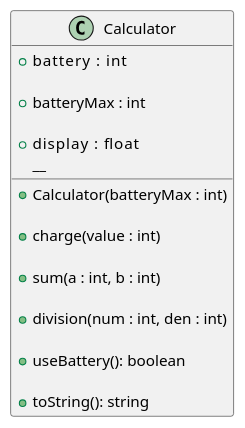
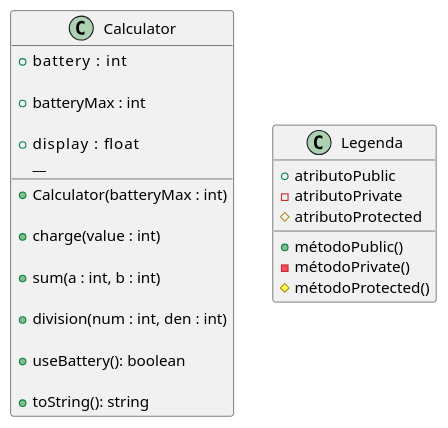
One commit to qxcodepoo/arcade changed the diagram in base/001/.cache/Readme.md. Above: the diagram before and after it, drawn with PlantUML. The commit also changed 32 other files, not shown here.

````diff
--- a/base/001/.cache/Readme.md
+++ b/base/001/.cache/Readme.md
@@ -35,41 +35,52 @@
 ```plantuml
 class Calculator {
 
   ' a bateria atual
   + battery    : int
 
   ' o máximo de bateria suportado
   + batteryMax : int
 
   ' guarda o resultado da última operação
   + display    : float
   __
 
   ' inicia os atributos batteryMax utilizando o parametro passado
   ' battery e display começam com o zero
   + Calculator(batteryMax : int)
 
   ' aumenta a bateria de value, porém não além do máximo.
   + charge(value : int)
   
   ' realiza a soma de dois número e coloca o resultado no display
   ' tenta gastar bateria usando o método useBattery()
   '   verifica o resultado do retorno
   + sum(a : int, b : int)
   
   ' realiza a divisão de dois números e armazena o resultado no display
   ' tenta gastar bateria usando o método useBattery()
   '   verifica o resultado do retorno
   ' verifica se não é divisão por zero
   + division(num : int, den : int)
   
   ' tenta gastar uma unidade da bateria
   '   emite um erro se não conseguir.
   ' retorna se conseguiu gastar ou não.
   + useBattery(): boolean
   
   ' retorna uma string com o formato
   ' display = 0.00, bateria = 0
   + toString(): string
 }
+
+class Legenda {
+  + atributoPublic
+  - atributoPrivate
+  # atributoProtected
+  __
+  + métodoPublic()
+  - métodoPrivate()
+  # métodoProtected()
+}
+
 ```
````
